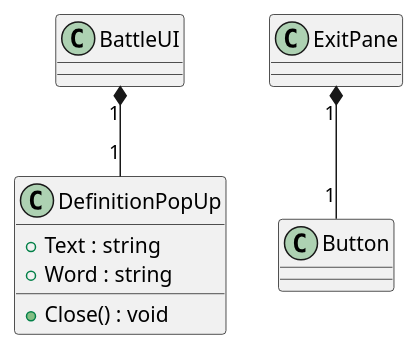
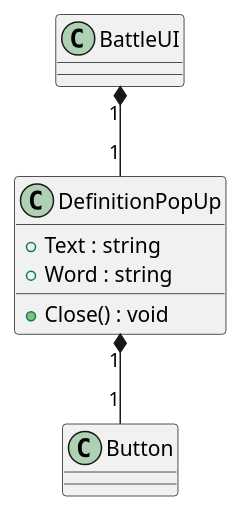
One commit to Leximon-SWE-2025/Leximon changed the diagram in PlantUML/scenes/DefinitionPopUp.puml. Above: the diagram before and after it, drawn with PlantUML. The commit also changed 10 other files, not shown here.

Commit message:
update uml

```diff
--- a/PlantUML/scenes/DefinitionPopUp.puml
+++ b/PlantUML/scenes/DefinitionPopUp.puml
@@ -1,11 +1,11 @@
 @startuml DefinitionPopUp
 class DefinitionPopUp  {
     + Text : string 
     + Word : string
     + Close() : void
 }
 ' PanelContainer <|-- DefinitionPopUp
 
 BattleUI "1" *-- "1" DefinitionPopUp
-ExitPane "1" *-- "1" Button
+DefinitionPopUp "1" *-- "1" Button
 @enduml
```
